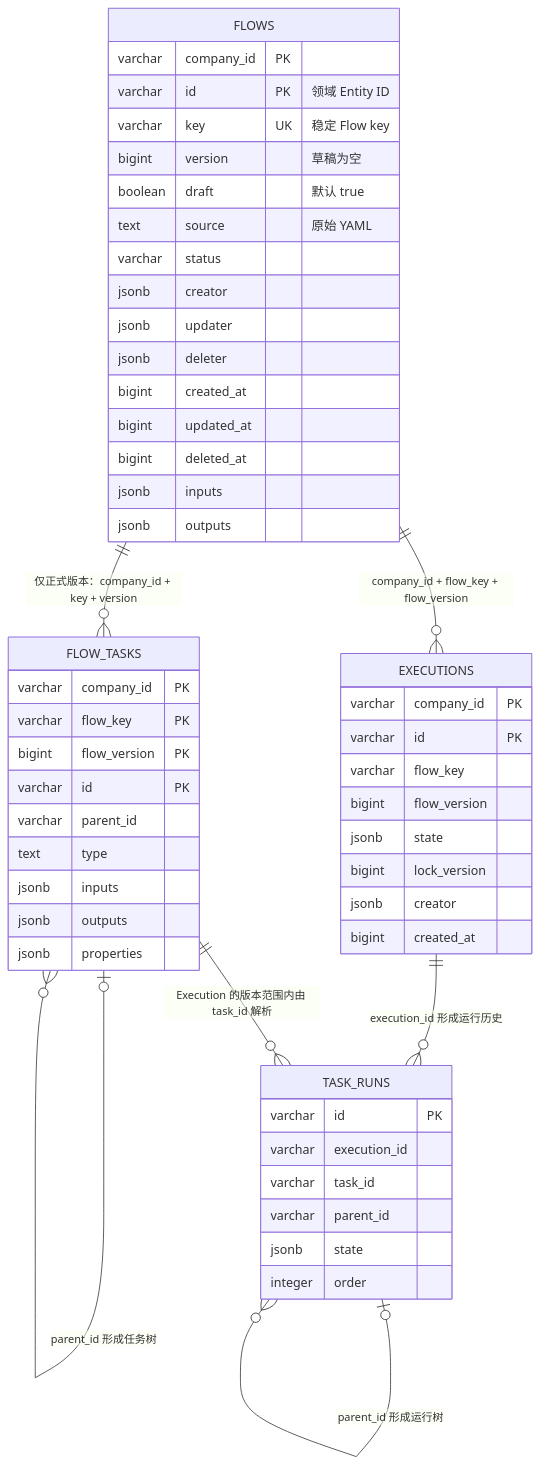
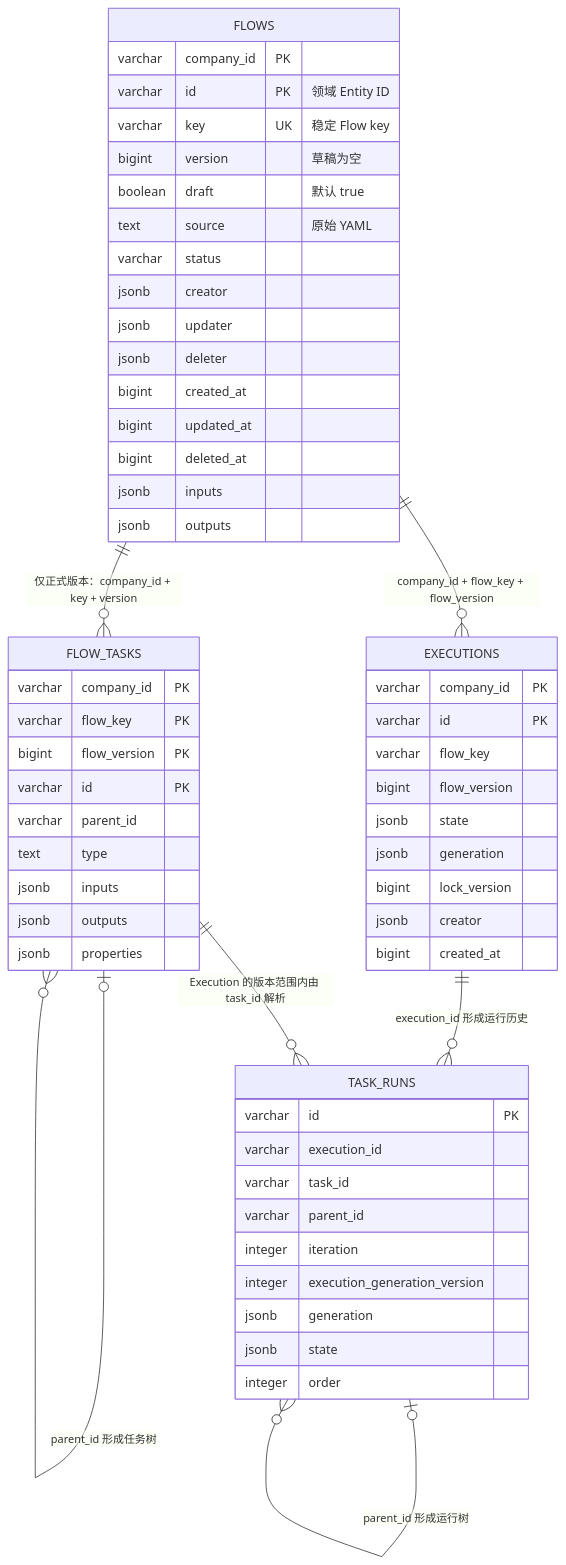
The diagram in docs/harness/postgresql-repositories.md (Eiddy5/flow), drawn with Mermaid before and after one commit. The commit also changed other lines of this file and 83 other files, not shown here.

````diff
--- a/docs/harness/postgresql-repositories.md
+++ b/docs/harness/postgresql-repositories.md
@@ -10,60 +10,64 @@
 ```mermaid
 erDiagram
     FLOWS ||--o{ FLOW_TASKS : "仅正式版本：company_id + key + version"
     FLOWS ||--o{ EXECUTIONS : "company_id + flow_key + flow_version"
     FLOW_TASKS o|--o{ FLOW_TASKS : "parent_id 形成任务树"
     EXECUTIONS ||--o{ TASK_RUNS : "execution_id 形成运行历史"
     FLOW_TASKS ||--o{ TASK_RUNS : "Execution 的版本范围内由 task_id 解析"
     TASK_RUNS o|--o{ TASK_RUNS : "parent_id 形成运行树"
 
     FLOWS {
         varchar company_id PK
         varchar id PK "领域 Entity ID"
         varchar key UK "稳定 Flow key"
         bigint version "草稿为空"
         boolean draft "默认 true"
         text source "原始 YAML"
         varchar status
         jsonb creator
         jsonb updater
         jsonb deleter
         bigint created_at
         bigint updated_at
         bigint deleted_at
         jsonb inputs
         jsonb outputs
     }
 
     FLOW_TASKS {
         varchar company_id PK
         varchar flow_key PK
         bigint flow_version PK
         varchar id PK
         varchar parent_id
         text type
         jsonb inputs
         jsonb outputs
         jsonb properties
     }
 
     EXECUTIONS {
         varchar company_id PK
         varchar id PK
         varchar flow_key
         bigint flow_version
         jsonb state
+        jsonb generation
         bigint lock_version
         jsonb creator
         bigint created_at
     }
 
     TASK_RUNS {
         varchar id PK
         varchar execution_id
         varchar task_id
         varchar parent_id
+        integer iteration
+        integer execution_generation_version
+        jsonb generation
         jsonb state
         integer order
     }
 
 ```
````
